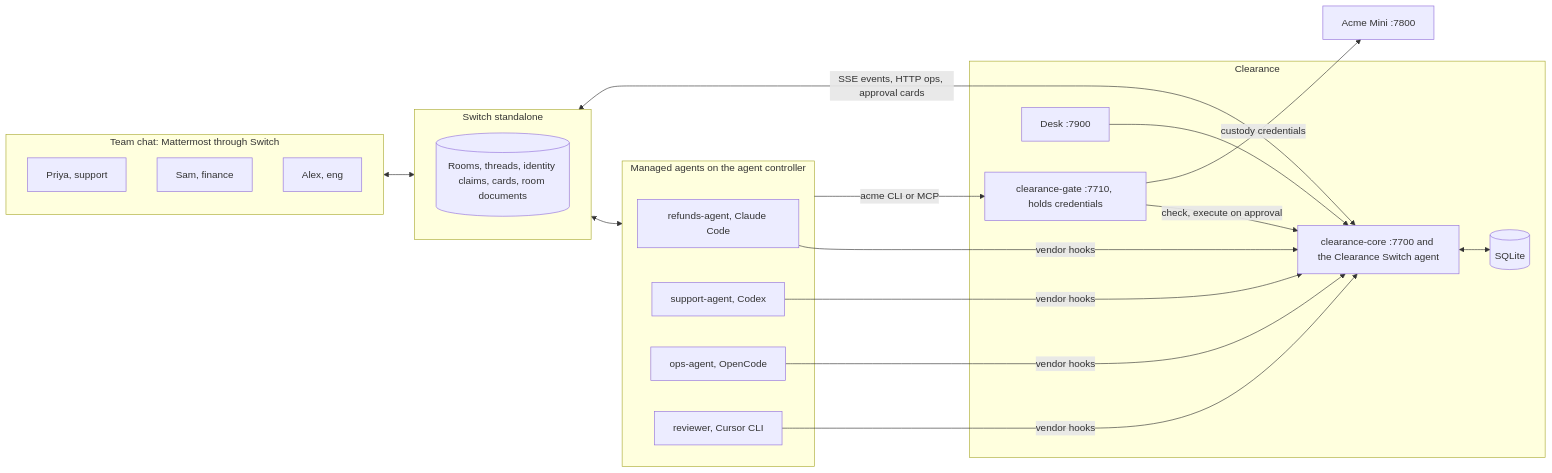
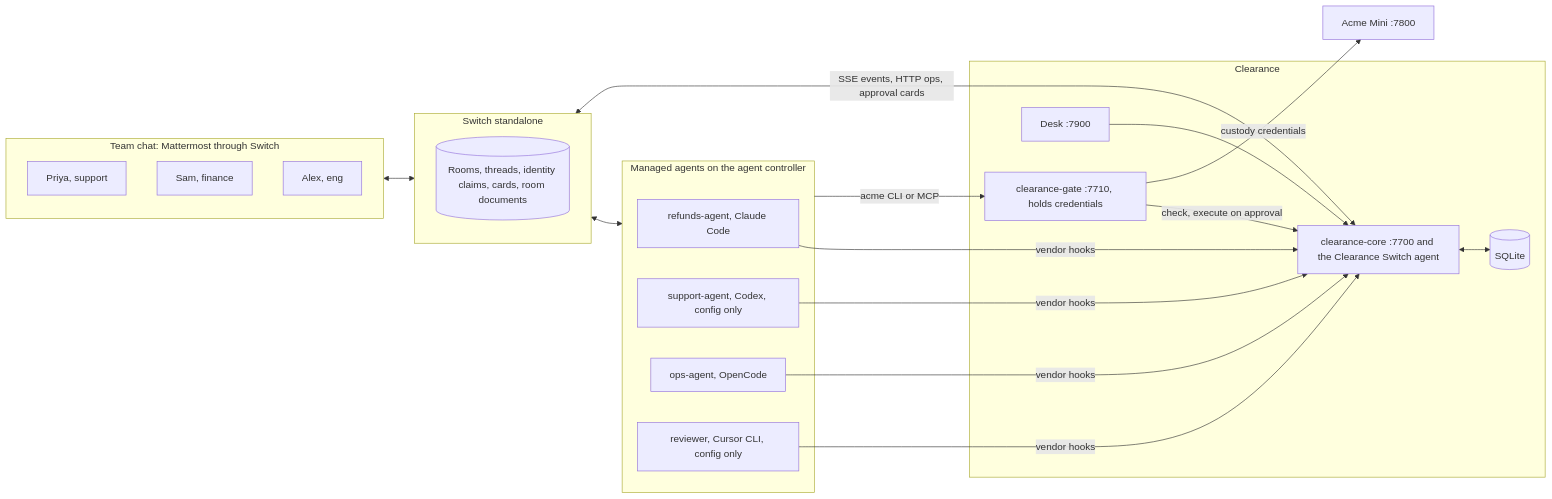
One commit to SohamJuneja/clearance changed the first of 2 diagrams in docs/architecture.md. Above: the diagram before and after it, drawn with Mermaid. The commit also changed other lines of this file and 55 other files, not shown here.

````diff
--- a/docs/architecture.md
+++ b/docs/architecture.md
@@ -5,34 +5,34 @@
 ```mermaid
 flowchart LR
   subgraph Chat["Team chat: Mattermost through Switch"]
     P[Priya, support]
     S[Sam, finance]
     X[Alex, eng]
   end
   subgraph Switch["Switch standalone"]
     R[(Rooms, threads, identity claims, cards, room documents)]
   end
   subgraph Agents["Managed agents on the agent controller"]
     RA[refunds-agent, Claude Code]
-    SA[support-agent, Codex]
+    SA[support-agent, Codex, config only]
     OA[ops-agent, OpenCode]
-    CU[reviewer, Cursor CLI]
+    CU[reviewer, Cursor CLI, config only]
   end
   subgraph Clearance
     CORE[clearance-core :7700 and the Clearance Switch agent]
     GATE[clearance-gate :7710, holds credentials]
     DESK[Desk :7900]
     DB[(SQLite)]
   end
   ACME[Acme Mini :7800]
 
   Chat <--> Switch
   Switch <--> Agents
   CORE <-- SSE events, HTTP ops, approval cards --> Switch
   RA & SA & OA & CU -- vendor hooks --> CORE
   Agents -- acme CLI or MCP --> GATE
   GATE -- check, execute on approval --> CORE
   GATE -- custody credentials --> ACME
   CORE <--> DB
   DESK --> CORE
 ```
````
